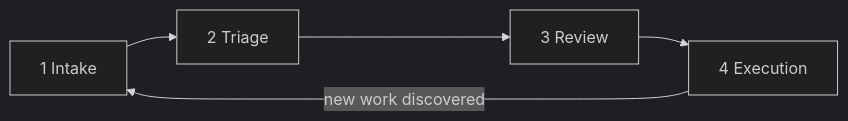
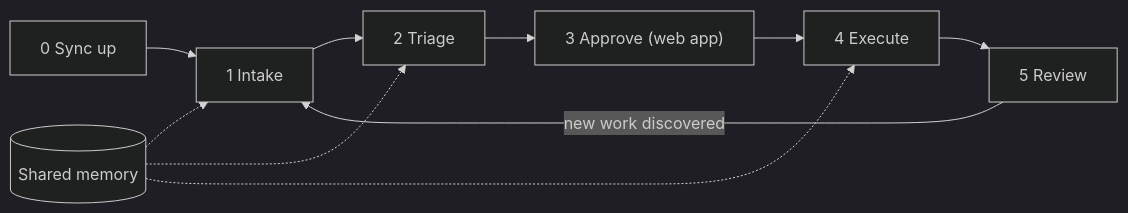
Before and after one commit to orweis/phean: the first of 3 diagrams in docs/UX.md, drawn with Mermaid (dark theme). The commit also changed other lines of this file and 7 other files, not shown here.

````diff
--- a/docs/UX.md
+++ b/docs/UX.md
@@ -14,7 +21,12 @@
 ```mermaid
 flowchart LR
-    Intake[1 Intake] --> Triage[2 Triage]
-    Triage --> Review[3 Review]
-    Review --> Execution[4 Execution]
-    Execution -->|new work discovered| Intake
+    Sync[0 Sync up] --> Intake[1 Intake]
+    Intake --> Triage[2 Triage]
+    Triage --> Approve["3 Approve (web app)"]
+    Approve --> Execute[4 Execute]
+    Execute --> Review[5 Review]
+    Review -->|new work discovered| Intake
+    Memory[(Shared memory)] -.-> Intake
+    Memory -.-> Triage
+    Memory -.-> Execute
 ```
````
